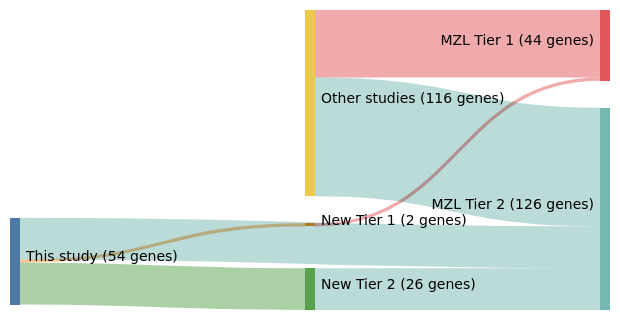
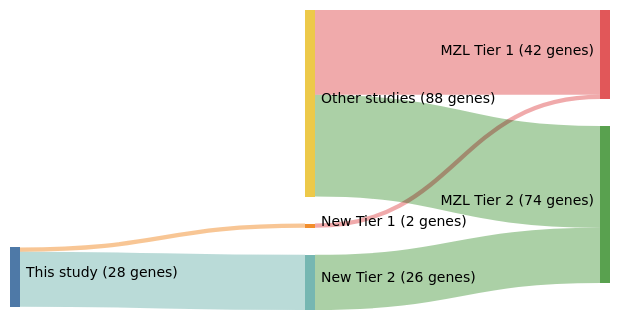
The diagram in papers/jalladesExomeSequencingIdentifies2017.md (morinlab/lymphopedia), drawn with Mermaid (neutral theme) before and after one commit. The commit also changed 81 other files, not shown here.

````diff
--- a/papers/jalladesExomeSequencingIdentifies2017.md
+++ b/papers/jalladesExomeSequencingIdentifies2017.md
@@ -12,21 +12,20 @@
 ```mermaid
 ---
 config:
     sankey:
         showValues: true
         linkColor: target
         width: 600
         height: 300
         nodeAlignment: right
         prefix: '('
         suffix: ' genes)'
 ---
 sankey-beta
 This study, New Tier 1, 2
 New Tier 1, MZL Tier 1, 2
-This study, MZL Tier 2, 26
 This study, New Tier 2, 26
 New Tier 2, MZL Tier 2, 26
-Other studies, MZL Tier 1, 42
-Other studies, MZL Tier 2, 74
+Other studies, MZL Tier 1, 40
+Other studies, MZL Tier 2, 48
 ```
````
